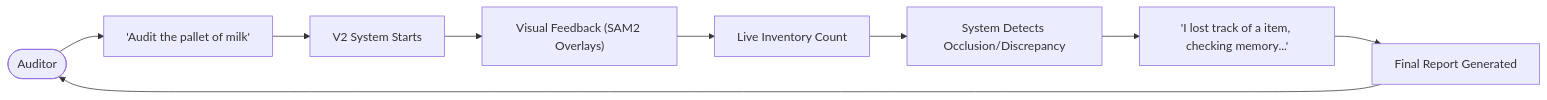
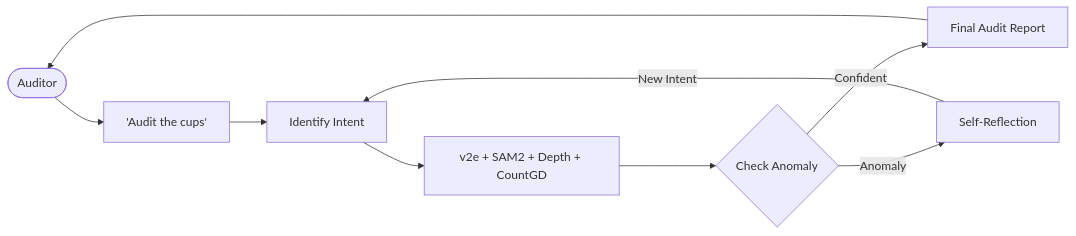
One commit to Yonnnnnnnnn/numeri-vjepa-experiment changed the diagram in User_Flow.md. Above: the diagram before and after it, drawn with Mermaid. The commit also changed 10 other files, not shown here.

Commit message:
feat: complete integration of V2E, V-JEPA, CountGD, and SAM2/Depth into LangGraph flow with full doc sync

````diff
--- a/User_Flow.md
+++ b/User_Flow.md
@@ -5,11 +5,11 @@
 ```mermaid
 graph LR
-    User([Auditor]) --> Prompt["'Audit the pallet of milk'"]
-    Prompt --> System[V2 System Starts]
-    System --> Live["Visual Feedback (SAM2 Overlays)"]
-    Live --> Audit["Live Inventory Count"]
-    Audit --> Anomaly["System Detects Occlusion/Discrepancy"]
-    Anomaly --> Notify["'I lost track of a item, checking memory...'"]
-    Notify --> Resolved["Final Report Generated"]
+    User([Auditor]) --> Prompt["'Audit the cups'"]
+    Prompt --> vljepa_director_node[Identify Intent]
+    vljepa_director_node --> Perception[v2e + SAM2 + Depth + CountGD]
+    Perception --> logic_gate_node{Check Anomaly}
+    logic_gate_node -- "Confident" --> Resolved[Final Audit Report]
+    logic_gate_node -- "Anomaly" --> targeted_slm_node[Self-Reflection]
+    targeted_slm_node -- "New Intent" --> vljepa_director_node
     Resolved --> User
 ```
````
